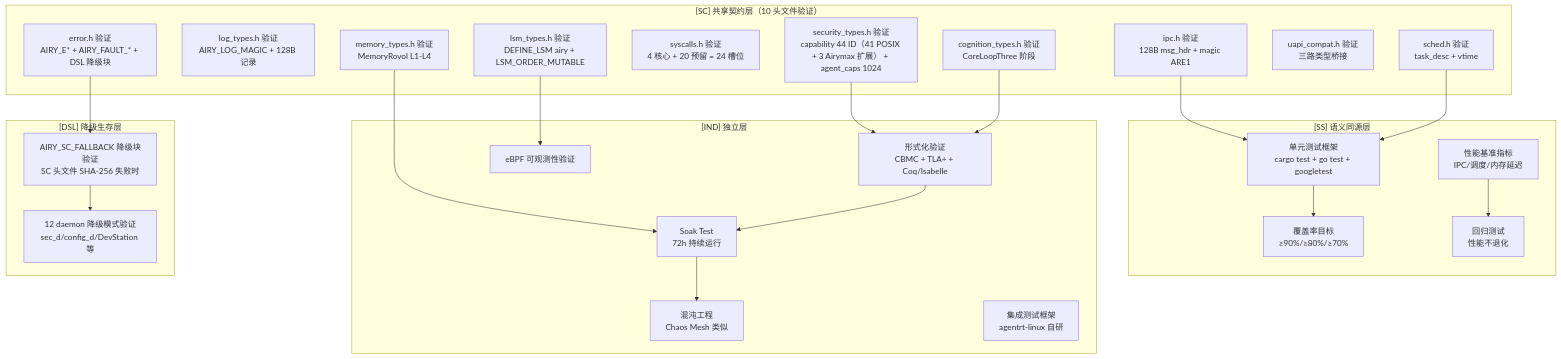
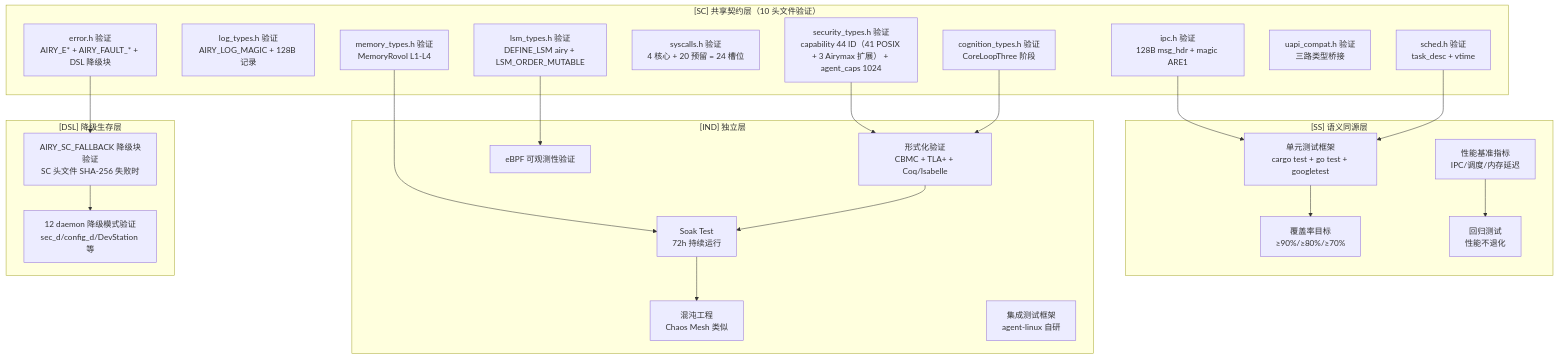
Before and after one commit to openairymax/docs-linux: the second of 2 diagrams in 20-modules/08-tests-linux.md, drawn with Mermaid. The commit also changed other lines of this file and 172 other files, not shown here.

Commit message:
docs: rename agentrt-linux to agent-linux across docs v0.1.3 双工程结构：agentrt-linux 改名 agent-linux。docs 全仓 186 个 文件中的 agentrt-linux 引用统一为 agent-linux（AirymaxOS 工程名/ URL/路径引用；commit hash 与历史不变）。

````diff
--- a/20-modules/08-tests-linux.md
+++ b/20-modules/08-tests-linux.md
@@ -723,44 +723,44 @@
 ```mermaid
 graph TD
     subgraph SC["[SC] 共享契约层（10 头文件验证）"]
         ERR_TEST[error.h 验证<br/>AIRY_E* + AIRY_FAULT_* + DSL 降级块]
         LOG_TEST[log_types.h 验证<br/>AIRY_LOG_MAGIC + 128B 记录]
         IPC_TEST[ipc.h 验证<br/>128B msg_hdr + magic ARE1]
         SCHED_TEST[sched.h 验证<br/>task_desc + vtime]
         SYS_TEST[syscalls.h 验证<br/>4 核心 + 20 预留 = 24 槽位]
         MEM_TEST[memory_types.h 验证<br/>MemoryRovol L1-L4]
         SEC_TEST[security_types.h 验证<br/>capability 44 ID（41 POSIX + 3 Airymax 扩展） + agent_caps 1024]
         COG_TEST[cognition_types.h 验证<br/>CoreLoopThree 阶段]
         UAPI_TEST[uapi_compat.h 验证<br/>三路类型桥接]
         LSM_TEST[lsm_types.h 验证<br/>DEFINE_LSM airy + LSM_ORDER_MUTABLE]
     end
     subgraph SS["[SS] 语义同源层"]
         UNIT_FW[单元测试框架<br/>cargo test + go test + googletest]
         BENCH_METRICS[性能基准指标<br/>IPC/调度/内存延迟]
         COVERAGE[覆盖率目标<br/>≥90%/≥80%/≥70%]
         REGRESSION[回归测试<br/>性能不退化]
     end
     subgraph IND["[IND] 独立层"]
         FV[形式化验证<br/>CBMC + TLA+ + Coq/Isabelle]
         SOAK[Soak Test<br/>72h 持续运行]
         CHAOS[混沌工程<br/>Chaos Mesh 类似]
         EBPF_VER[eBPF 可观测性验证]
-        ITF[集成测试框架<br/>agentrt-linux 自研]
+        ITF[集成测试框架<br/>agent-linux 自研]
     end
     subgraph DSL["[DSL] 降级生存层"]
         FALLBACK_SC[AIRY_SC_FALLBACK 降级块验证<br/>SC 头文件 SHA-256 失败时]
         DAEMON_DEGRADE[12 daemon 降级模式验证<br/>sec_d/config_d/DevStation 等]
     end
     IPC_TEST --> UNIT_FW
     SCHED_TEST --> UNIT_FW
     ERR_TEST --> FALLBACK_SC
     LSM_TEST --> EBPF_VER
     MEM_TEST --> SOAK
     SEC_TEST --> FV
     COG_TEST --> FV
     UNIT_FW --> COVERAGE
     BENCH_METRICS --> REGRESSION
     FV --> SOAK
     SOAK --> CHAOS
     FALLBACK_SC --> DAEMON_DEGRADE
 ```
````
